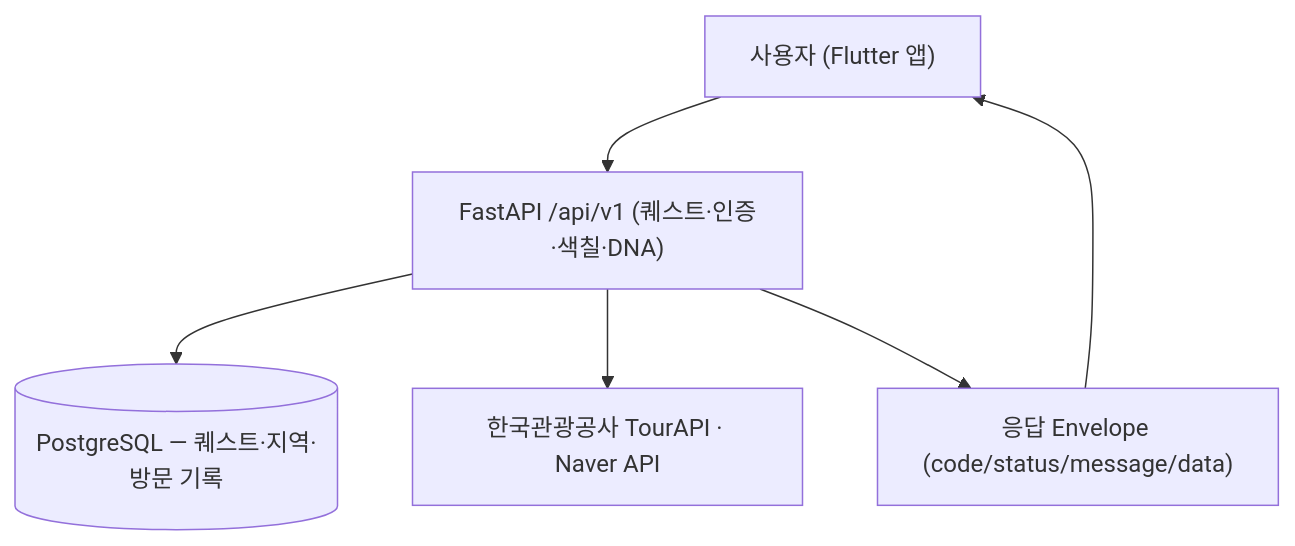
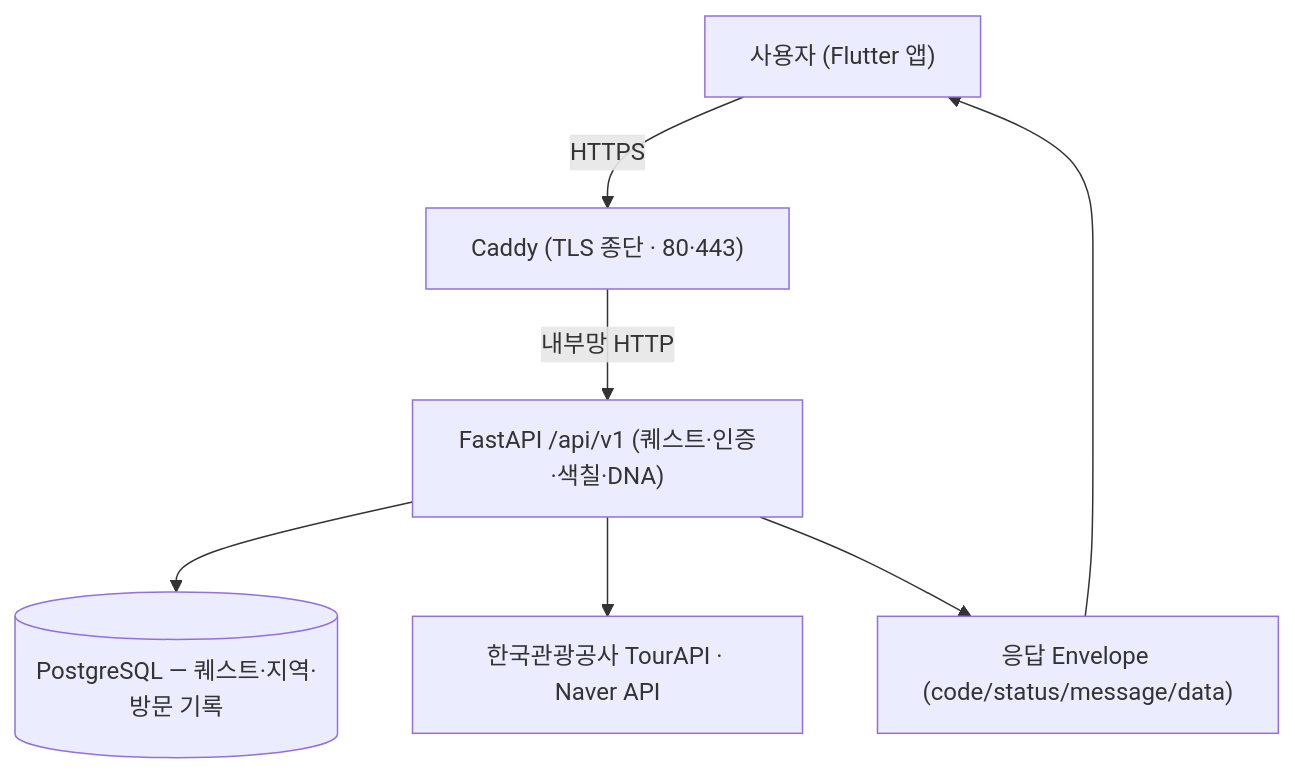
The diagram in README.md (Rainbow-Developer/ColorTrip), drawn with Mermaid before and after one commit. The commit also changed other lines of this file and 8 other files, not shown here.

````diff
--- a/README.md
+++ b/README.md
@@ -159,8 +159,9 @@
 ```mermaid
 flowchart TD
-    A["사용자 (Flutter 앱)"] --> B["FastAPI /api/v1 (퀘스트·인증·색칠·DNA)"]
+    A["사용자 (Flutter 앱)"] -->|HTTPS| P["Caddy (TLS 종단 · 80·443)"]
+    P -->|내부망 HTTP| B["FastAPI /api/v1 (퀘스트·인증·색칠·DNA)"]
     B --> C[("PostgreSQL — 퀘스트·지역·방문 기록")]
     B --> D["한국관광공사 TourAPI · Naver API"]
     B --> E["응답 Envelope (code/status/message/data)"]
     E --> A
 ```
````
